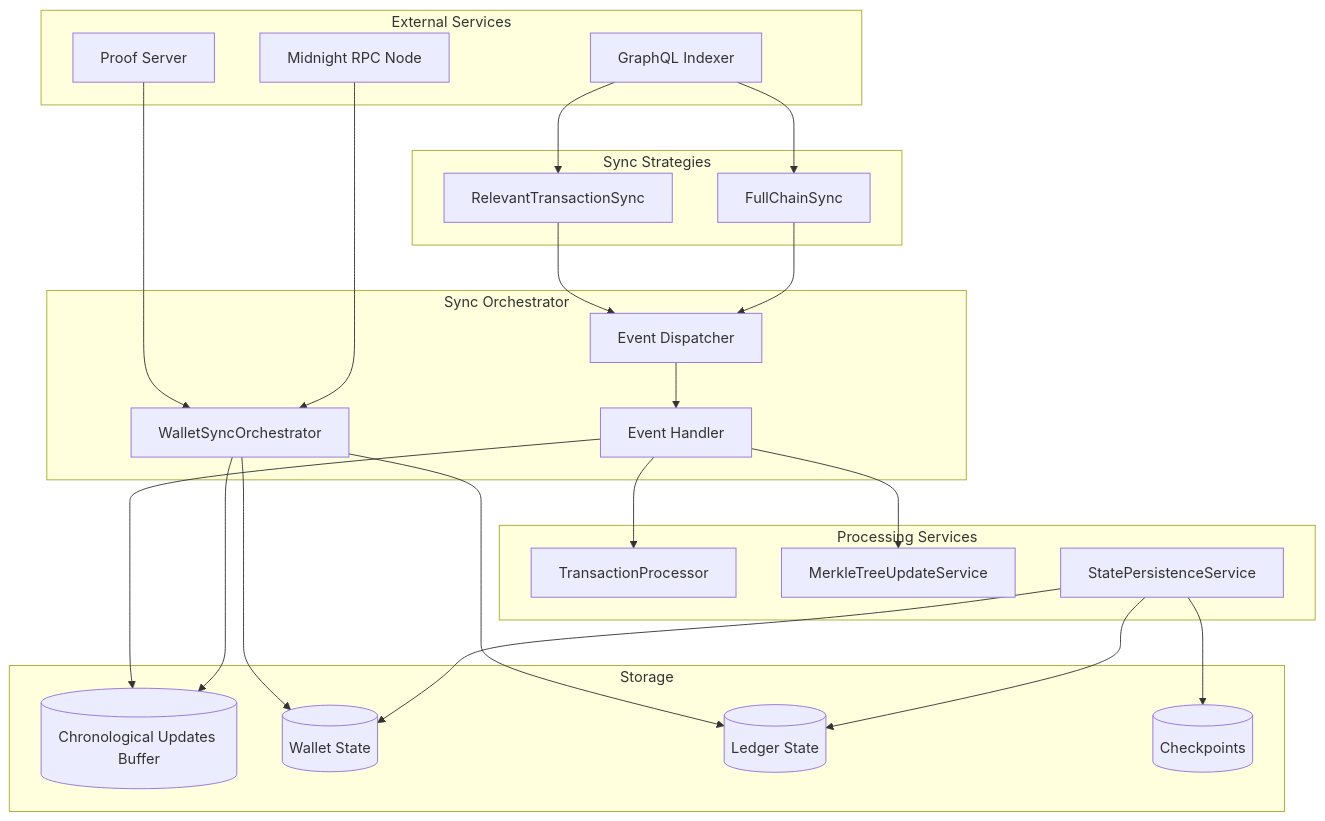
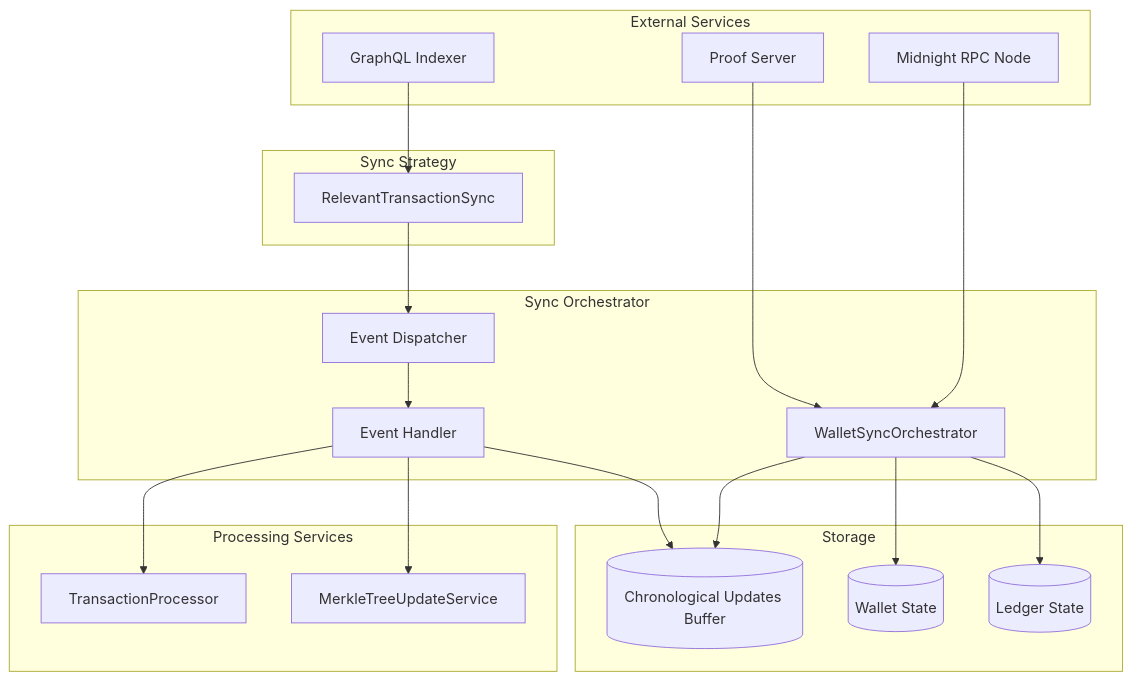
The first of 2 diagrams in README.md (shahnami/midnight-state-sync), drawn with Mermaid before and after one commit. The commit also changed other lines of this file and 8 other files, not shown here.

Commit message:
chore: Remove full-sync and persistence (#2)

````diff
--- a/README.md
+++ b/README.md
@@ -18,55 +17,46 @@
 ```mermaid
 graph TB
     subgraph "External Services"
         RPC[Midnight RPC Node]
         Indexer[GraphQL Indexer]
         ProofServer[Proof Server]
     end
 
     subgraph "Sync Orchestrator"
         Orchestrator[WalletSyncOrchestrator]
         EventDispatcher[Event Dispatcher]
         EventHandler[Event Handler]
     end
 
-    subgraph "Sync Strategies"
+    subgraph "Sync Strategy"
         RelevantSync[RelevantTransactionSync]
-        FullSync[FullChainSync]
     end
 
     subgraph "Processing Services"
         TxProcessor[TransactionProcessor]
         MerkleService[MerkleTreeUpdateService]
-        Persistence[StatePersistenceService]
     end
 
     subgraph "Storage"
         UpdateBuffer[(Chronological Updates Buffer)]
         WalletState[(Wallet State)]
         LedgerState[(Ledger State)]
-        Checkpoints[(Checkpoints)]
     end
 
     %% Connections
     Indexer --> RelevantSync
-    Indexer --> FullSync
 
     RelevantSync --> EventDispatcher
-    FullSync --> EventDispatcher
 
     EventDispatcher --> EventHandler
     EventHandler --> TxProcessor
     EventHandler --> MerkleService
     EventHandler --> UpdateBuffer
 
     Orchestrator --> UpdateBuffer
     Orchestrator --> WalletState
     Orchestrator --> LedgerState
 
-    Persistence --> WalletState
-    Persistence --> LedgerState
-    Persistence --> Checkpoints
-
     ProofServer --> Orchestrator
     RPC --> Orchestrator
 ```
````
